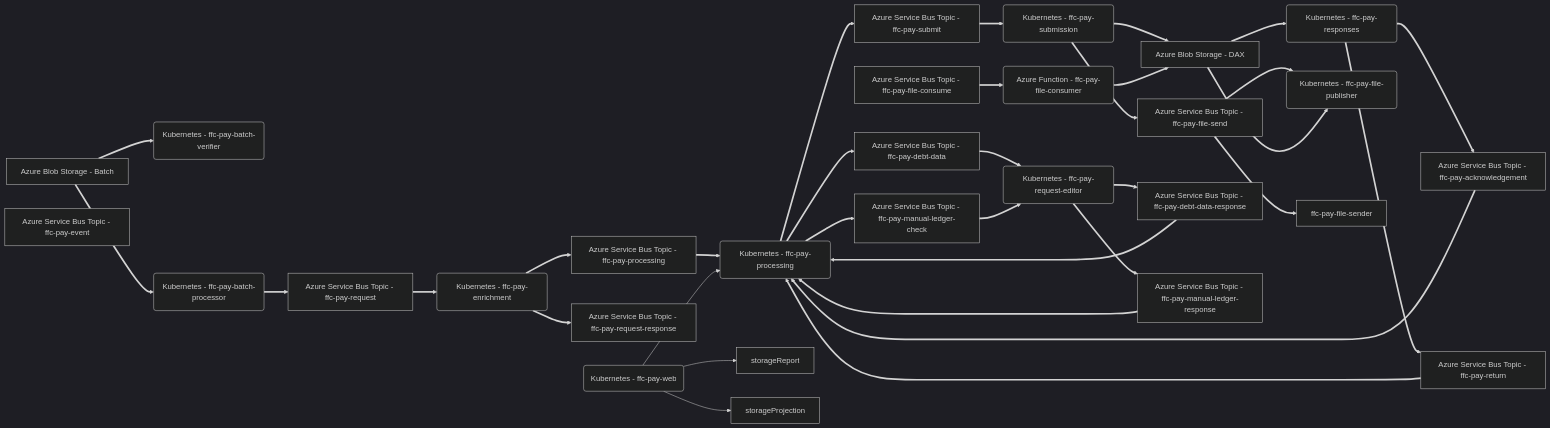
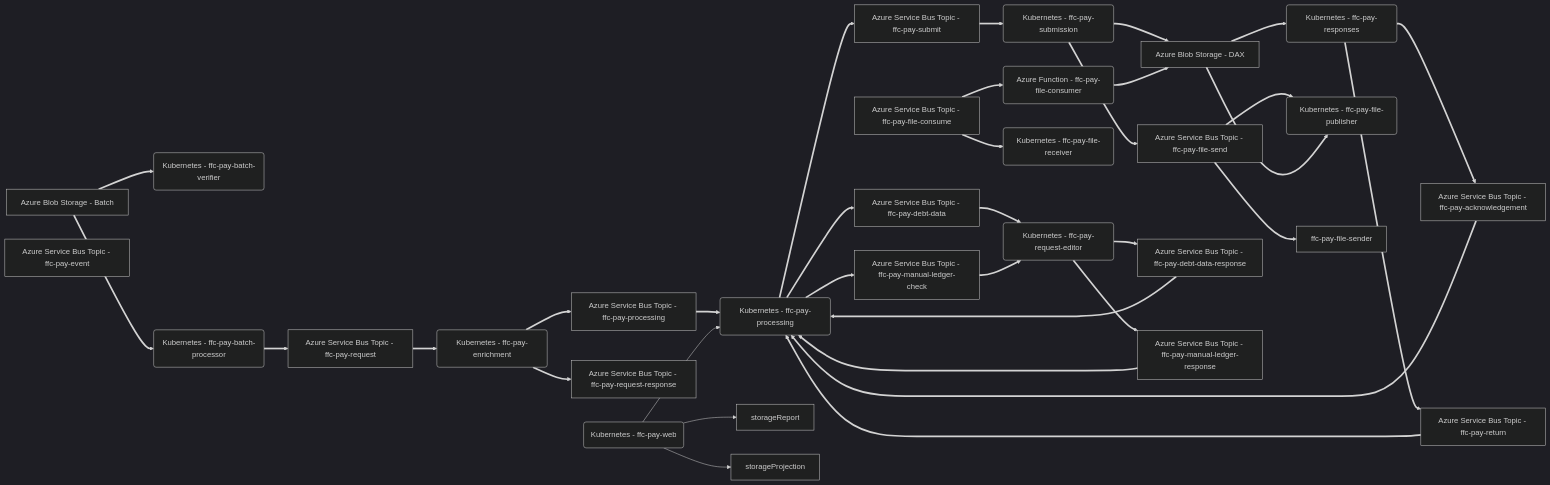
The first of 3 diagrams in README.md (DEFRA/ffc-pay-core), drawn with Mermaid (dark theme) before and after one commit. The commit also changed other lines of this file and 9 other files, not shown here.

````diff
--- a/README.md
+++ b/README.md
@@ -38,66 +39,68 @@
 ```mermaid
 flowchart LR
 ffc-pay-batch-verifier(Kubernetes - ffc-pay-batch-verifier)
 ffc-pay-batch-processor(Kubernetes - ffc-pay-batch-processor)
 ffc-pay-enrichment(Kubernetes - ffc-pay-enrichment)
 ffc-pay-processing(Kubernetes - ffc-pay-processing)
 ffc-pay-submission(Kubernetes - ffc-pay-submission)
 ffc-pay-responses(Kubernetes - ffc-pay-responses)
 ffc-pay-request-editor(Kubernetes - ffc-pay-request-editor)
 ffc-pay-web(Kubernetes - ffc-pay-web)
 ffc-pay-file-publisher(Kubernetes - ffc-pay-file-publisher)
+ffc-pay-file-receiver(Kubernetes - ffc-pay-file-receiver)
 ffc-pay-file-consumer(Azure Function - ffc-pay-file-consumer)
 
 storageBatch[Azure Blob Storage - Batch]
 storageDAX[Azure Blob Storage - DAX]
 
 topicRequest[Azure Service Bus Topic - ffc-pay-request]
 topicResponse[Azure Service Bus Topic - ffc-pay-request-response]
 topicProcessing[Azure Service Bus Topic - ffc-pay-processing]
 topicSubmit[Azure Service Bus Topic - ffc-pay-submit]
 topicFileSend[Azure Service Bus Topic - ffc-pay-file-send]
 topicFileConsume[Azure Service Bus Topic - ffc-pay-file-consume]
 topicReturn[Azure Service Bus Topic - ffc-pay-return]
 topicAck[Azure Service Bus Topic - ffc-pay-acknowledgement]
 topicDebt[Azure Service Bus Topic - ffc-pay-debt-data]
 topicDebtResponse[Azure Service Bus Topic - ffc-pay-debt-data-response]
 topicLedger[Azure Service Bus Topic - ffc-pay-manual-ledger-check]
 topicLedgerResponse[Azure Service Bus Topic - ffc-pay-manual-ledger-response]
 topicEvent[Azure Service Bus Topic - ffc-pay-event]
 
 storageBatch ==> ffc-pay-batch-verifier
 storageBatch ==> ffc-pay-batch-processor
 ffc-pay-batch-processor ==> topicRequest
 topicRequest ==> ffc-pay-enrichment
 ffc-pay-enrichment ==> topicResponse
 ffc-pay-enrichment ==> topicProcessing
 topicProcessing ==> ffc-pay-processing
 ffc-pay-processing ==> topicSubmit
 topicSubmit ==> ffc-pay-submission
 ffc-pay-submission ==> storageDAX
 ffc-pay-submission ==> topicFileSend
 topicFileSend ==> ffc-pay-file-sender
 topicFileSend ==> ffc-pay-file-publisher
 storageDAX ==> ffc-pay-file-publisher
 
 topicFileConsume ==> ffc-pay-file-consumer
+topicFileConsume ==> ffc-pay-file-receiver
 ffc-pay-file-consumer ==> storageDAX
 storageDAX ==> ffc-pay-responses
 ffc-pay-responses ==> topicAck
 ffc-pay-responses ==> topicReturn
 topicAck ==> ffc-pay-processing
 topicReturn ==> ffc-pay-processing
 
 ffc-pay-processing ==> topicDebt
 ffc-pay-processing ==> topicLedger
 topicDebt ==> ffc-pay-request-editor
 topicLedger ==> ffc-pay-request-editor
 ffc-pay-request-editor ==> topicDebtResponse
 ffc-pay-request-editor ==> topicLedgerResponse
 topicDebtResponse ==> ffc-pay-processing
 topicLedgerResponse ==> ffc-pay-processing
 
 ffc-pay-web --> ffc-pay-processing
 ffc-pay-web --> storageReport
 ffc-pay-web --> storageProjection
 ```
````
